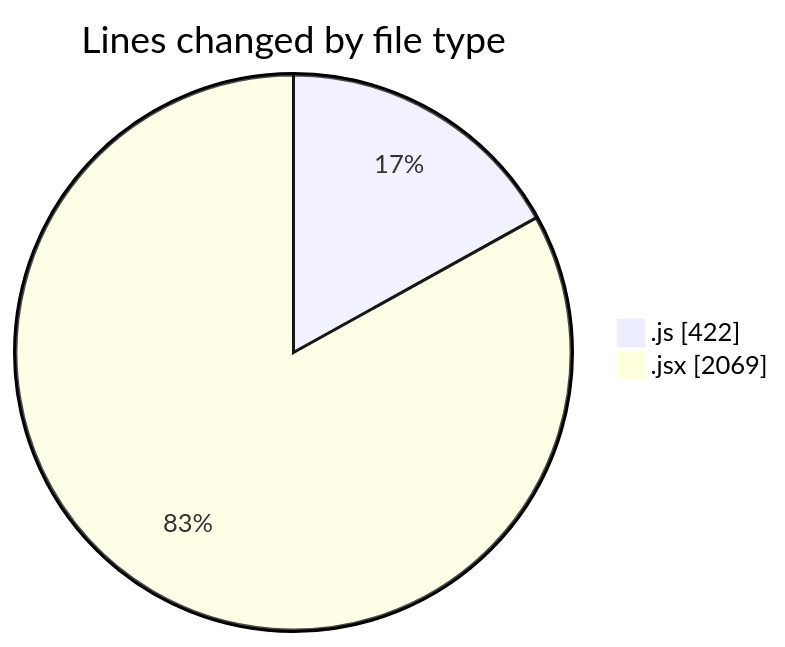
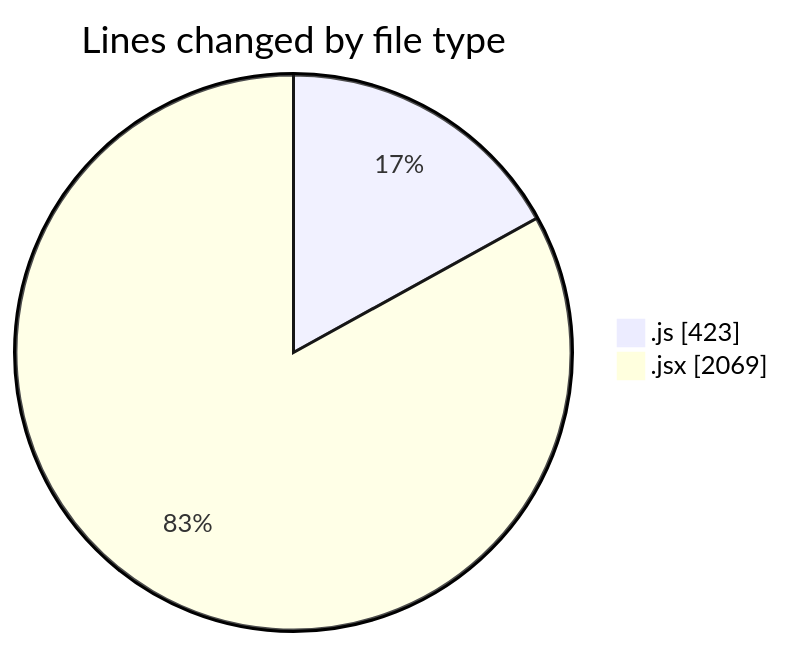
One commit to nxtqubesakshisongat/code-tracking changed the first of 2 diagrams in 2025-08-28/nxtqube_webapp/README.md. Above: the diagram before and after it, drawn with Mermaid. The commit also changed other lines of this file and 1 other file, not shown here.

````diff
--- a/2025-08-28/nxtqube_webapp/README.md
+++ b/2025-08-28/nxtqube_webapp/README.md
@@ -25,6 +25,6 @@
 ```mermaid
 pie showData
 title Lines changed by file type
-".js" : 422
+".js" : 423
 ".jsx" : 2069
 ```
````
